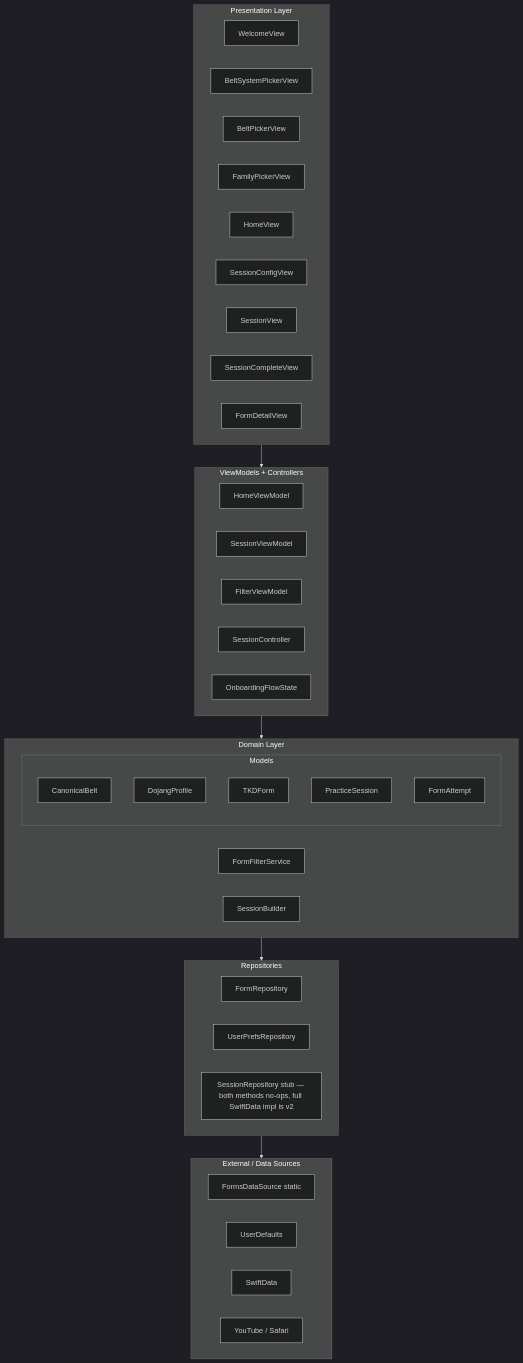
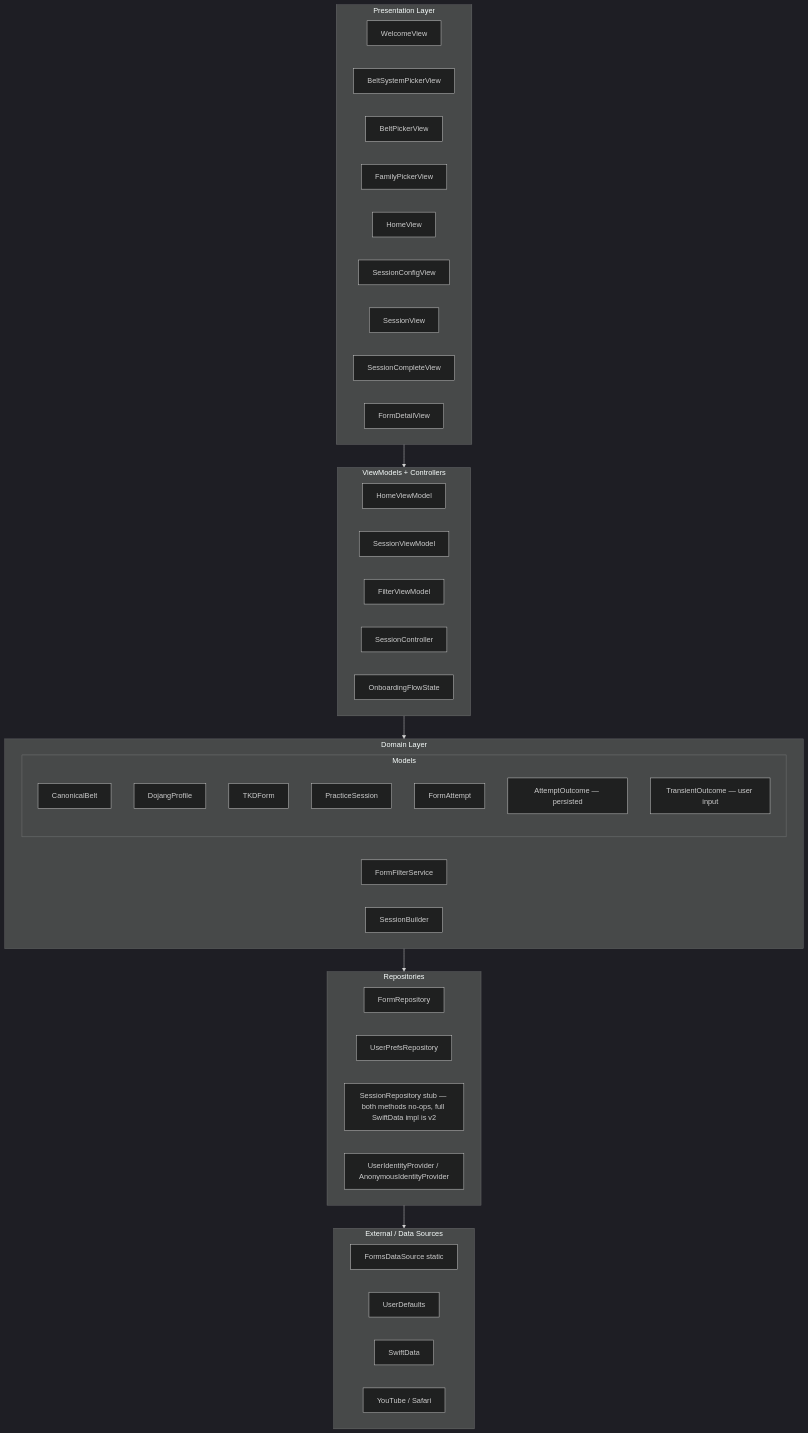
Before and after one commit to rclecha/PoomsaeFlow: the first of 5 diagrams in ARCHITECTURE.md, drawn with Mermaid (dark theme). The commit also changed other lines of this file and 3 other files, not shown here.

Commit message:
docs: update CLAUDE.md, ARCHITECTURE.md, IMPLEMENTATION_PLAN.md, README.md for v1.5

````diff
--- a/ARCHITECTURE.md
+++ b/ARCHITECTURE.md
@@ -5,52 +5,55 @@
 ```mermaid
 graph TD
     subgraph Presentation["Presentation Layer"]
         WV[WelcomeView]
         BSP[BeltSystemPickerView]
         BP[BeltPickerView]
         FP[FamilyPickerView]
         HV[HomeView]
         SCV[SessionConfigView]
         SV[SessionView]
         SCO[SessionCompleteView]
         FDV[FormDetailView]
     end
 
     subgraph VMC["ViewModels + Controllers"]
         HVM[HomeViewModel]
         SVM[SessionViewModel]
         FVM[FilterViewModel]
         SC[SessionController]
         OFS[OnboardingFlowState]
     end
 
     subgraph Domain["Domain Layer"]
         FFS[FormFilterService]
         SB[SessionBuilder]
         subgraph Models["Models"]
             CB[CanonicalBelt]
             DP[DojangProfile]
             TF[TKDForm]
             PS[PracticeSession]
             FA[FormAttempt]
+            AO[AttemptOutcome — persisted]
+            TO[TransientOutcome — user input]
         end
     end
 
     subgraph Repos["Repositories"]
         FR[FormRepository]
         UPR[UserPrefsRepository]
         SR[SessionRepository stub — both methods no-ops, full SwiftData impl is v2]
+        UIP[UserIdentityProvider / AnonymousIdentityProvider]
     end
 
     subgraph External["External / Data Sources"]
         FDS[FormsDataSource static]
         UD[UserDefaults]
         SD[SwiftData]
         YT[YouTube / Safari]
     end
 
     Presentation --> VMC
     VMC --> Domain
     Domain --> Repos
     Repos --> External
 ```
````
